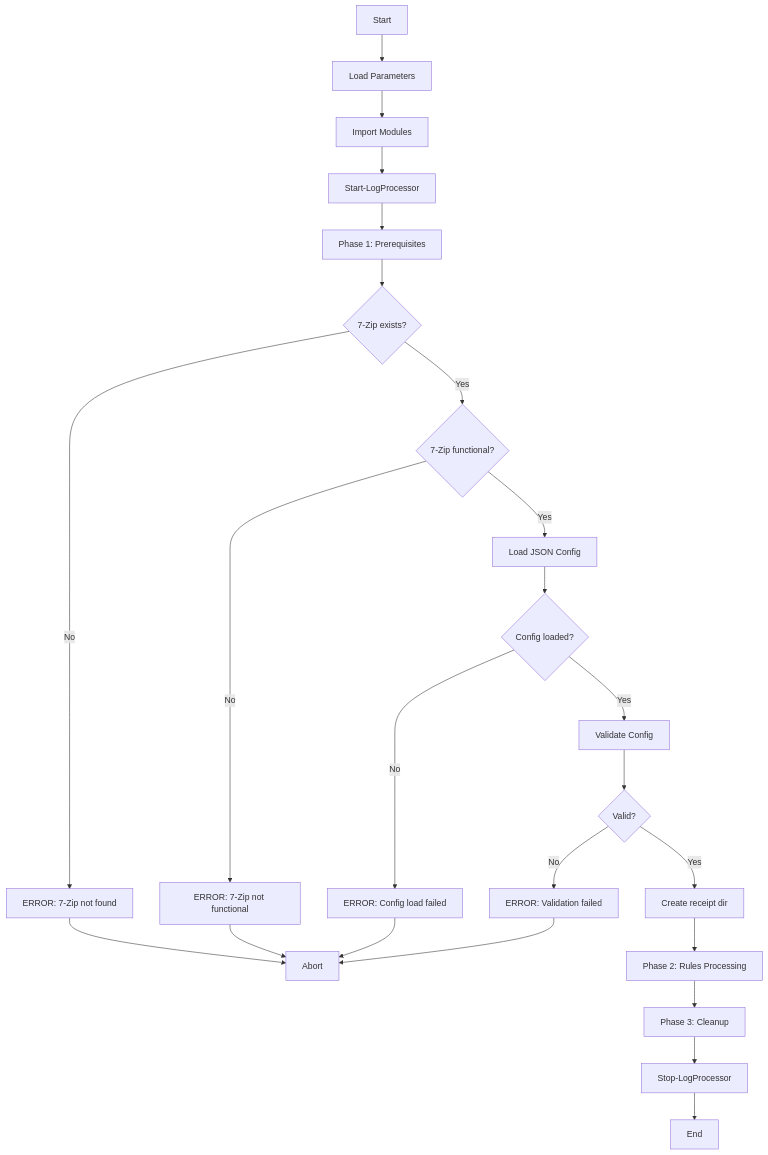
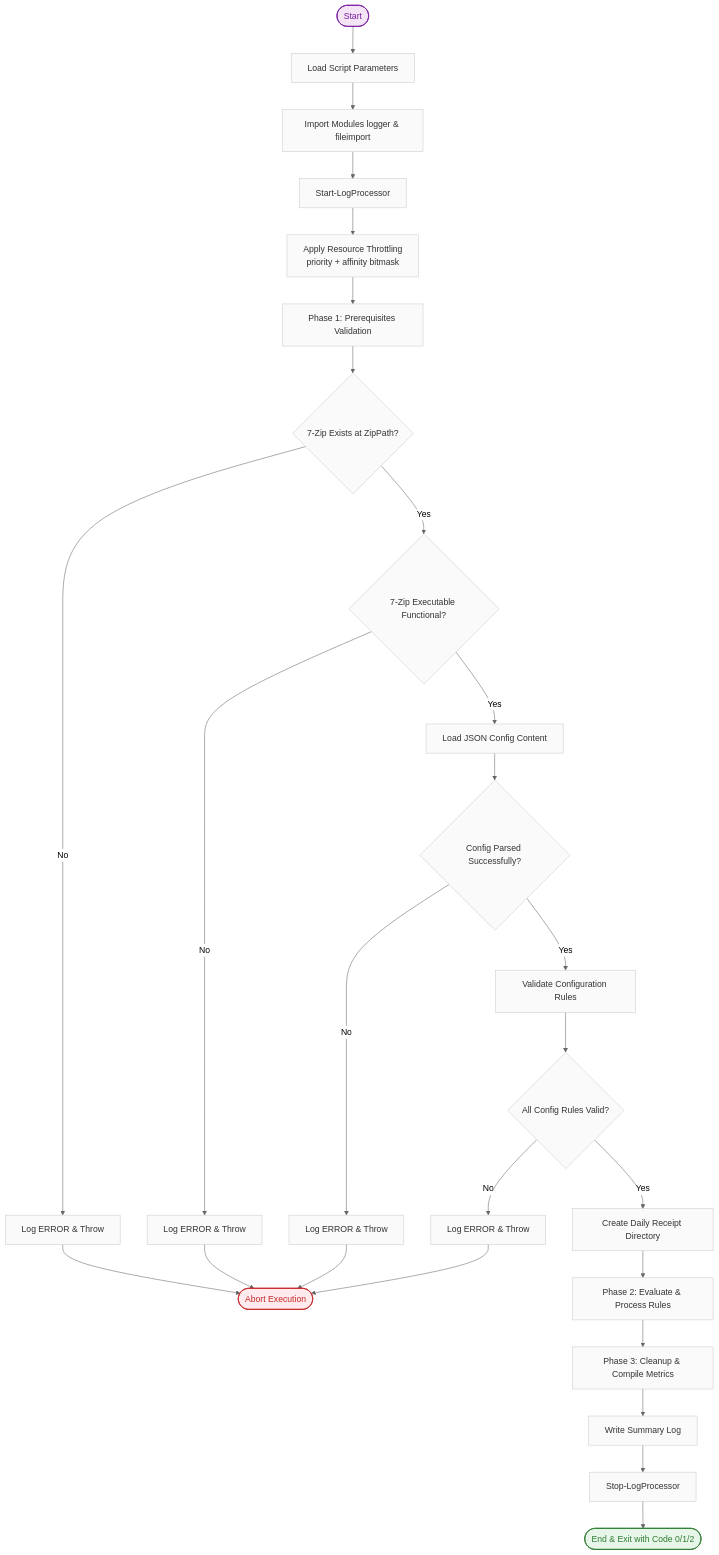
Before and after one commit to epuckop/shiny-pancake: the first of 14 diagrams in docs/design/FLOWCHARTS.md, drawn with Mermaid. The commit also changed other lines of this file and 11 other files, not shown here.

First line of the commit message:
Finalize docs, add JSON schema, rename entry script to main.ps1

````diff
--- a/docs/design/FLOWCHARTS.md
+++ b/docs/design/FLOWCHARTS.md
@@ -11,26 +14,39 @@
 ```mermaid
+%%{init: {'theme': 'neutral', 'themeVariables': { 'fontFamily': 'Segoe UI, system-ui, -apple-system, sans-serif' }}}%%
 flowchart TD
-    A[Start] --> B[Load Parameters]
-    B --> C[Import Modules]
+    classDef default fill:#fafafa,stroke:#ccc,stroke-width:1px,color:#333;
+    classDef success fill:#e8f5e9,stroke:#2e7d32,stroke-width:1.5px,color:#2e7d32;
+    classDef errNode fill:#ffebee,stroke:#c62828,stroke-width:1.5px,color:#c62828;
+    classDef startNode fill:#f3e5f5,stroke:#7b1fa2,stroke-width:1.5px,color:#7b1fa2;
+
+    A([Start]) --> B[Load Script Parameters]
+    B --> C[Import Modules logger & fileimport]
     C --> D[Start-LogProcessor]
-    D --> E[Phase 1: Prerequisites]
-    E --> F{7-Zip exists?}
-    F -->|No| G[ERROR: 7-Zip not found]
-    G --> Z[Abort]
-    F -->|Yes| H{7-Zip functional?}
-    H -->|No| I[ERROR: 7-Zip not functional]
-    I --> Z
-    H -->|Yes| J[Load JSON Config]
-    J --> K{Config loaded?}
-    K -->|No| L[ERROR: Config load failed]
-    L --> Z
-    K -->|Yes| M[Validate Config]
-    M --> N{Valid?}
-    N -->|No| O[ERROR: Validation failed]
-    O --> Z
-    N -->|Yes| P[Create receipt dir]
-    P --> Q[Phase 2: Rules Processing]
-    Q --> R[Phase 3: Cleanup]
-    R --> S[Stop-LogProcessor]
-    S --> T[End]
+    D --> RT[Apply Resource Throttling<br/>priority + affinity bitmask]
+    RT --> E[Phase 1: Prerequisites Validation]
+    
+    E --> F{7-Zip Exists at ZipPath?}
+    F -->|No| G[Log ERROR & Throw] --> EndErr([Abort Execution])
+    
+    F -->|Yes| H{7-Zip Executable Functional?}
+    H -->|No| I[Log ERROR & Throw] --> EndErr
+    
+    H -->|Yes| J[Load JSON Config Content]
+    J --> K{Config Parsed Successfully?}
+    K -->|No| L[Log ERROR & Throw] --> EndErr
+    
+    K -->|Yes| M[Validate Configuration Rules]
+    M --> N{All Config Rules Valid?}
+    N -->|No| O[Log ERROR & Throw] --> EndErr
+    
+    N -->|Yes| P[Create Daily Receipt Directory]
+    P --> Q[Phase 2: Evaluate & Process Rules]
+    Q --> R[Phase 3: Cleanup & Compile Metrics]
+    R --> EC[Write Summary Log]
+    EC --> S[Stop-LogProcessor]
+    S --> T([End & Exit with Code 0/1/2])
+
+    class A startNode;
+    class T success;
+    class EndErr errNode;
 ```
````
